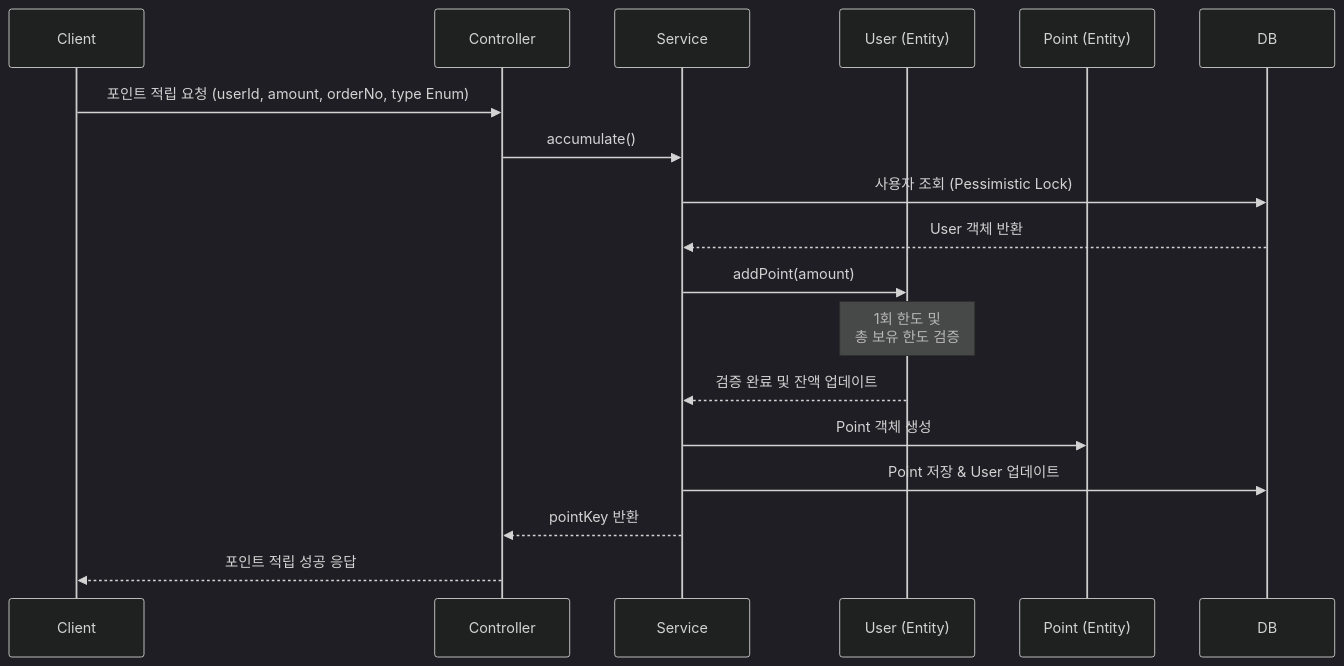
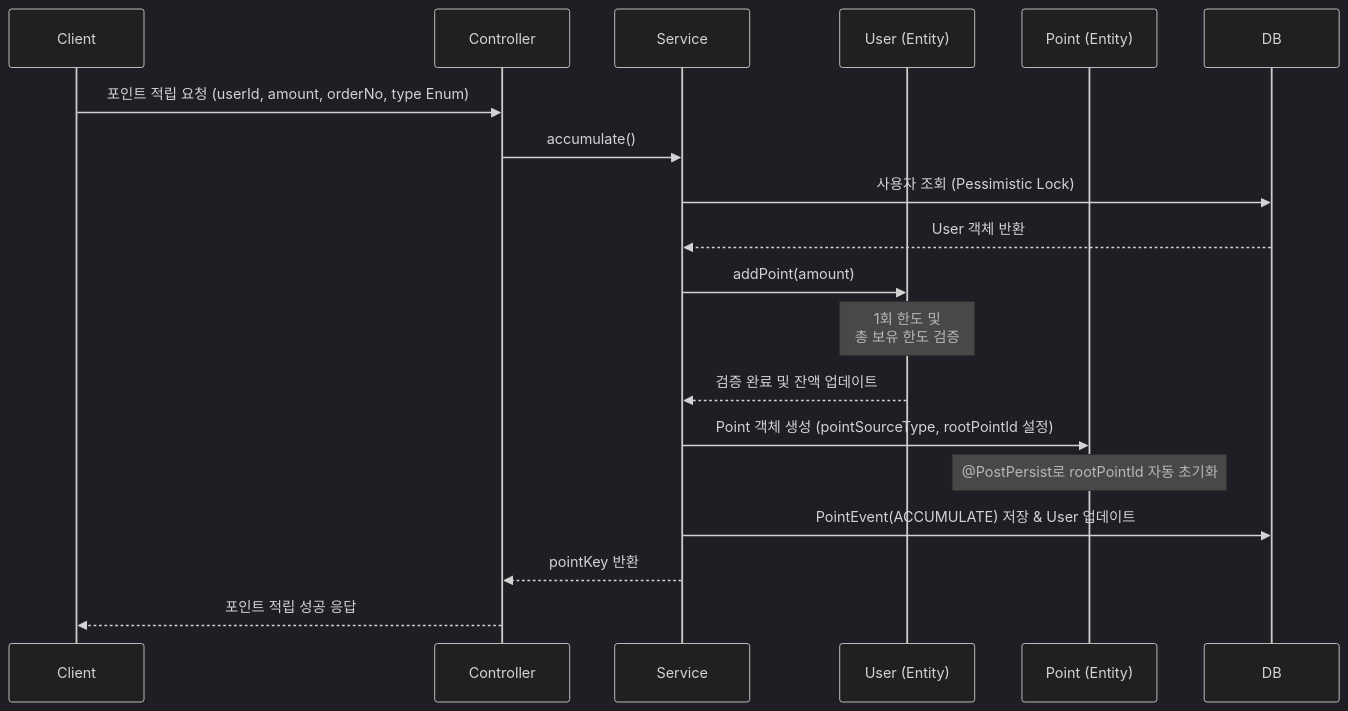
The first of 4 diagrams in README.md (muzzaiwork/point), drawn with Mermaid (dark theme) before and after one commit. The commit also changed other lines of this file, not shown here.

Commit message:
README.md 포인트 적립 로직 변경 사항 반영 (pointSourceType, PointEvent, rootPointId)

````diff
--- a/README.md
+++ b/README.md
@@ -148,21 +149,22 @@
 ```mermaid
 sequenceDiagram
     participant Client
     participant Controller
     participant Service
     participant UserEntity as User (Entity)
     participant PointEntity as Point (Entity)
     participant DB
 
     Client->>Controller: 포인트 적립 요청 (userId, amount, orderNo, type Enum)
     Controller->>Service: accumulate()
     Service->>DB: 사용자 조회 (Pessimistic Lock)
     DB-->>Service: User 객체 반환
     Service->>UserEntity: addPoint(amount)
     Note over UserEntity: 1회 한도 및<br/>총 보유 한도 검증
     UserEntity-->>Service: 검증 완료 및 잔액 업데이트
-    Service->>PointEntity: Point 객체 생성
-    Service->>DB: Point 저장 & User 업데이트
+    Service->>PointEntity: Point 객체 생성 (pointSourceType, rootPointId 설정)
+    Note over PointEntity: @PostPersist로 rootPointId 자동 초기화
+    Service->>DB: PointEvent(ACCUMULATE) 저장 & User 업데이트
     Service-->>Controller: pointKey 반환
     Controller-->>Client: 포인트 적립 성공 응답
 ```
````
